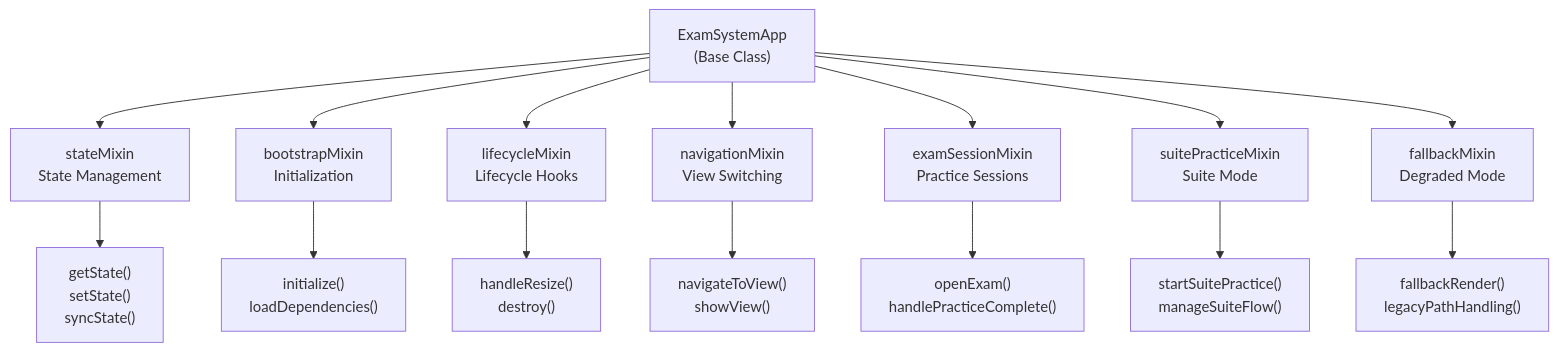
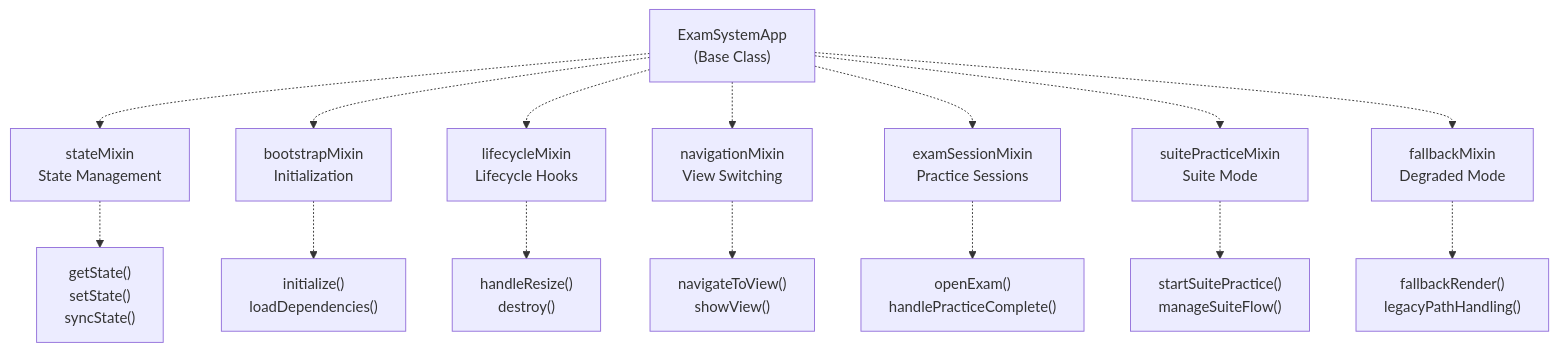
The first of 7 diagrams in developer/doc/Wiki/ExamSystemApp-&-State-Management.md (sallowayma-git/IELTS-practice), drawn with Mermaid before and after one commit. The commit also changed other lines of this file and 84 other files, not shown here.

````diff
--- a/developer/doc/Wiki/ExamSystemApp-&-State-Management.md
+++ b/developer/doc/Wiki/ExamSystemApp-&-State-Management.md
@@ -39,34 +44,34 @@
 ```mermaid
 flowchart TD
 
 ExamSystemApp["ExamSystemApp<br>(Base Class)"]
 stateMixin["stateMixin<br>State Management"]
 bootstrapMixin["bootstrapMixin<br>Initialization"]
 lifecycleMixin["lifecycleMixin<br>Lifecycle Hooks"]
 navigationMixin["navigationMixin<br>View Switching"]
 examSessionMixin["examSessionMixin<br>Practice Sessions"]
 suitePracticeMixin["suitePracticeMixin<br>Suite Mode"]
 fallbackMixin["fallbackMixin<br>Degraded Mode"]
 methods1["getState()<br>setState()<br>syncState()"]
 methods2["initialize()<br>loadDependencies()"]
 methods3["handleResize()<br>destroy()"]
 methods4["navigateToView()<br>showView()"]
 methods5["openExam()<br>handlePracticeComplete()"]
 methods6["startSuitePractice()<br>manageSuiteFlow()"]
 methods7["fallbackRender()<br>legacyPathHandling()"]
 
-ExamSystemApp --> stateMixin
-ExamSystemApp --> bootstrapMixin
-ExamSystemApp --> lifecycleMixin
-ExamSystemApp --> navigationMixin
-ExamSystemApp --> examSessionMixin
-ExamSystemApp --> suitePracticeMixin
-ExamSystemApp --> fallbackMixin
-stateMixin --> methods1
-bootstrapMixin --> methods2
-lifecycleMixin --> methods3
-navigationMixin --> methods4
-examSessionMixin --> methods5
-suitePracticeMixin --> methods6
-fallbackMixin --> methods7
+ExamSystemApp -.-> stateMixin
+ExamSystemApp -.-> bootstrapMixin
+ExamSystemApp -.-> lifecycleMixin
+ExamSystemApp -.-> navigationMixin
+ExamSystemApp -.-> examSessionMixin
+ExamSystemApp -.-> suitePracticeMixin
+ExamSystemApp -.-> fallbackMixin
+stateMixin -.-> methods1
+bootstrapMixin -.-> methods2
+lifecycleMixin -.-> methods3
+navigationMixin -.-> methods4
+examSessionMixin -.-> methods5
+suitePracticeMixin -.-> methods6
+fallbackMixin -.-> methods7
 ```
````
